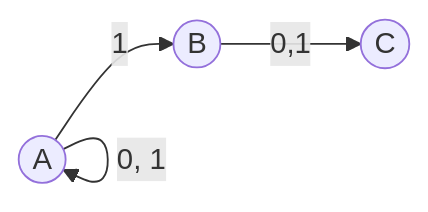
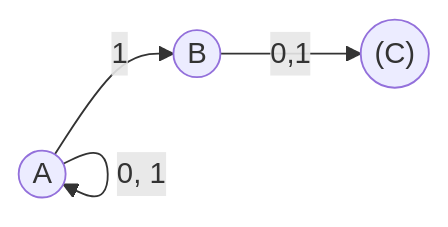
The second of 2 diagrams in README.md (James-Ansley/python-fsa), drawn with Mermaid before and after one commit. The commit also changed other lines of this file, not shown here.

````diff
--- a/README.md
+++ b/README.md
@@ -60,7 +60,7 @@
 ```mermaid
 graph LR
-    A((A)) & B((B)) & C((C))
+    A((A)) & B((B)) & C(("(C)"))
     A -->|1| B
     A -->|0, 1| A
     B -->|0,1| C
 ```
````
